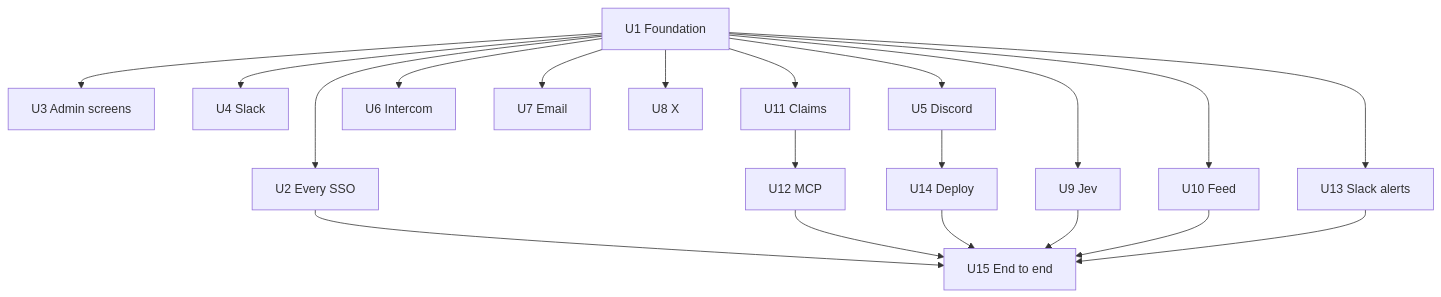
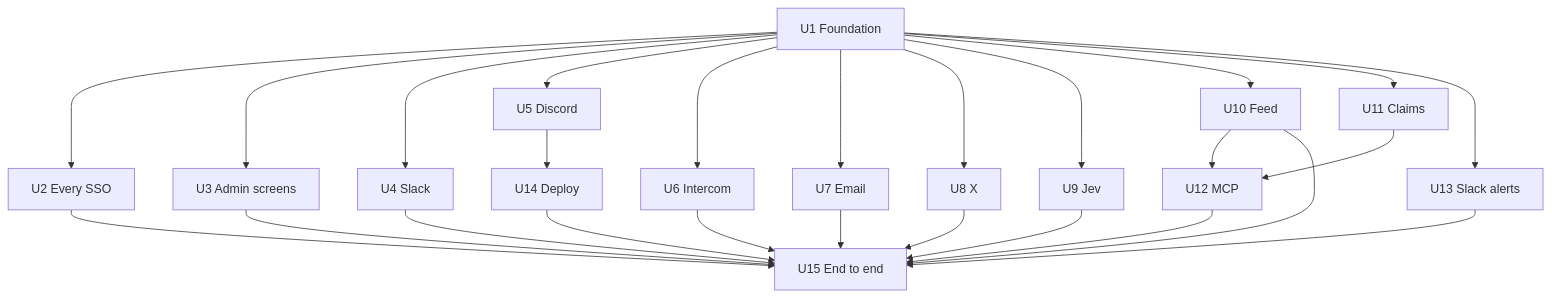
Before and after one commit to kieranklaassen/happyhappy: the fifth of 5 diagrams in docs/plans/2026-09-24-001-feat-happyhappy-sentiment-feed-plan.md, drawn with Mermaid. The commit also changed other lines of this file, not shown here.

````diff
--- a/docs/plans/2026-09-24-001-feat-happyhappy-sentiment-feed-plan.md
+++ b/docs/plans/2026-09-24-001-feat-happyhappy-sentiment-feed-plan.md
@@ -354,22 +360,28 @@
 ```mermaid
 flowchart TB
   U1[U1 Foundation] --> U2[U2 Every SSO]
   U1 --> U3[U3 Admin screens]
   U1 --> U4[U4 Slack]
   U1 --> U5[U5 Discord]
   U1 --> U6[U6 Intercom]
   U1 --> U7[U7 Email]
   U1 --> U8[U8 X]
   U1 --> U9[U9 Jev]
   U1 --> U10[U10 Feed]
   U1 --> U11[U11 Claims]
   U1 --> U13[U13 Slack alerts]
   U11 --> U12[U12 MCP]
+  U10 --> U12
   U5 --> U14[U14 Deploy]
   U2 --> U15[U15 End to end]
+  U3 --> U15
+  U4 --> U15
+  U6 --> U15
+  U7 --> U15
+  U8 --> U15
   U12 --> U15
   U14 --> U15
   U9 --> U15
   U10 --> U15
   U13 --> U15
 ```
````
